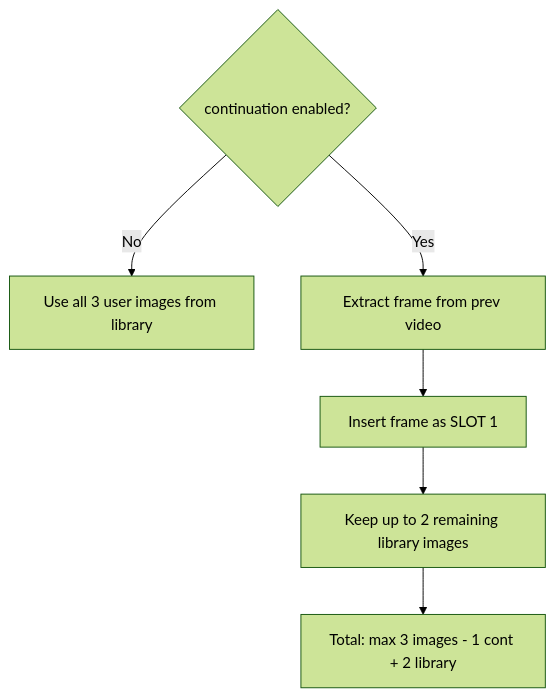
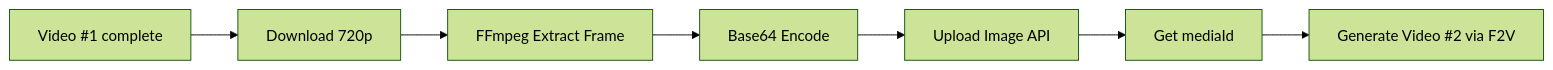
One commit to lynkvproerror/vadveopromax changed the fifth of 5 diagrams in 00 - Documentation/04_Workflows/WORKFLOW_TAB_03_INGREDIENTS.md. Above: the diagram before and after it, drawn with Mermaid (forest theme). The commit also changed other lines of this file and 107 other files, not shown here.

````diff
--- a/00 - Documentation/04_Workflows/WORKFLOW_TAB_03_INGREDIENTS.md
+++ b/00 - Documentation/04_Workflows/WORKFLOW_TAB_03_INGREDIENTS.md
@@ -218,8 +218,9 @@
 ```mermaid
-flowchart TD
-    A{continuation enabled?} -->|No| B[Use all 3 user images from library]
-    A -->|Yes| C[Extract frame from prev video]
-    C --> D[Insert frame as SLOT 1]
-    D --> E[Keep up to 2 remaining library images]
-    E --> F[Total: max 3 images - 1 cont + 2 library]
+flowchart LR
+    A[Video #1 complete] --> B[Download 720p]
+    B --> C[FFmpeg Extract Frame]
+    C --> D[Base64 Encode]
+    D --> E[Upload Image API]
+    E --> F[Get mediaId]
+    F --> G[Generate Video #2 via F2V]
 ```
````
